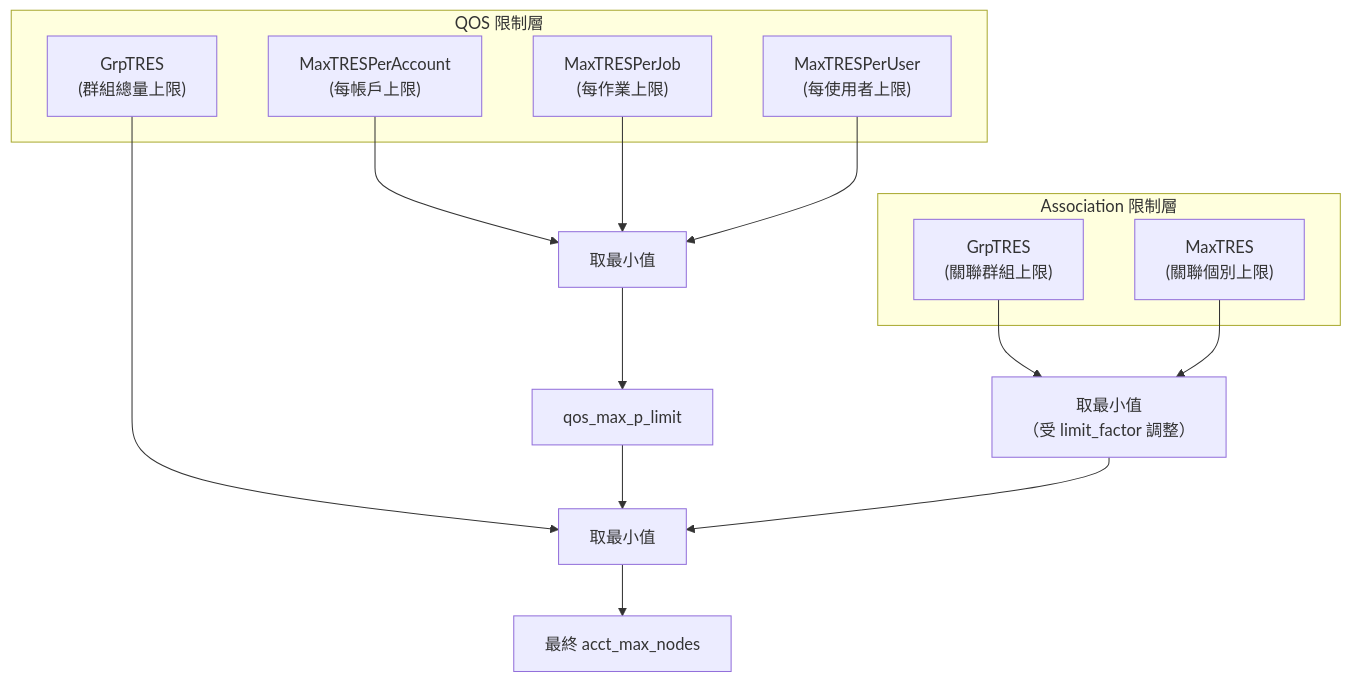
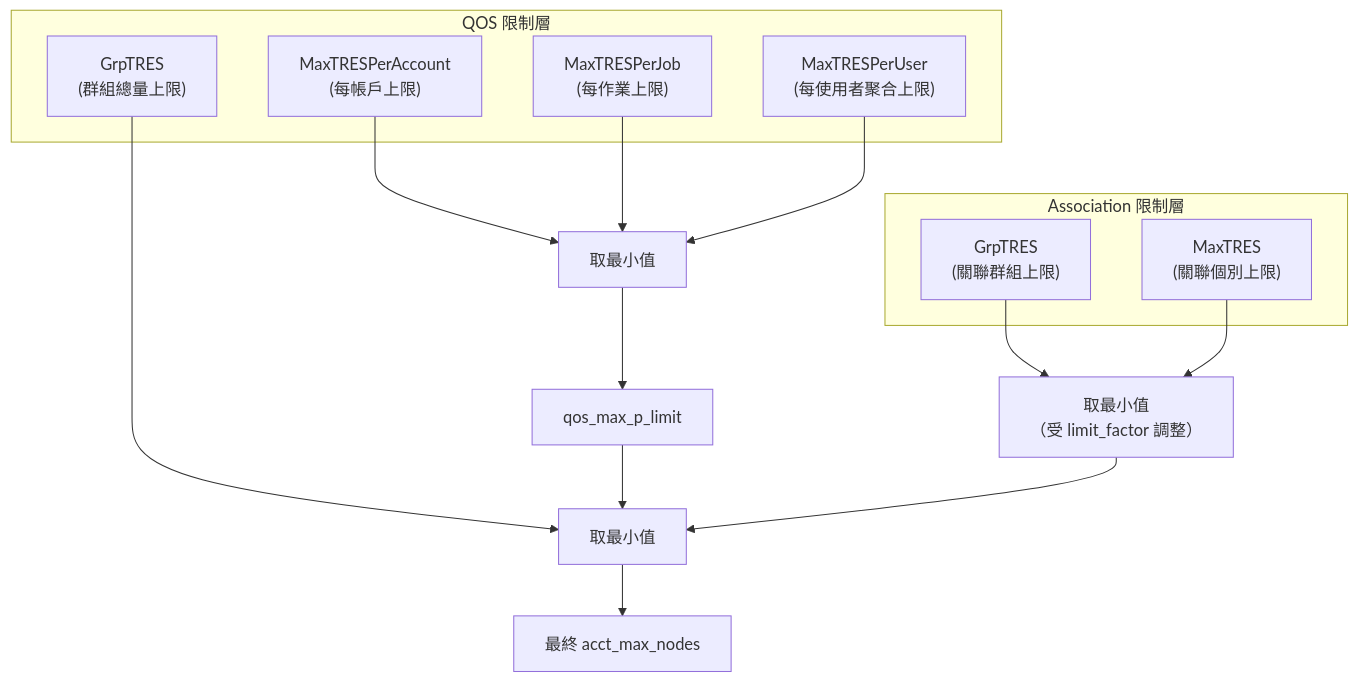
One commit to pichiu/slurm changed the fourth of 6 diagrams in _bmad-output/technical-reference/internals/slurm-qos-partition-node-limits.md. Above: the diagram before and after it, drawn with Mermaid. The commit also changed other lines of this file, not shown here.

````diff
--- a/_bmad-output/technical-reference/internals/slurm-qos-partition-node-limits.md
+++ b/_bmad-output/technical-reference/internals/slurm-qos-partition-node-limits.md
@@ -389,27 +430,27 @@
 ```mermaid
 flowchart TD
     subgraph qos_limits["QOS 限制層"]
         PA["MaxTRESPerAccount\n(每帳戶上限)"]
         PJ["MaxTRESPerJob\n(每作業上限)"]
-        PU["MaxTRESPerUser\n(每使用者上限)"]
+        PU["MaxTRESPerUser\n(每使用者聚合上限)"]
         GRP["GrpTRES\n(群組總量上限)"]
     end
 
     subgraph assoc_limits["Association 限制層"]
         A_GRP["GrpTRES\n(關聯群組上限)"]
         A_MAX["MaxTRES\n(關聯個別上限)"]
     end
 
     PA --> MIN_QOS["取最小值"]
     PJ --> MIN_QOS
     PU --> MIN_QOS
     MIN_QOS --> QOS_RESULT["qos_max_p_limit"]
     GRP --> MIN_ALL["取最小值"]
     QOS_RESULT --> MIN_ALL
 
     A_GRP --> MIN_ASSOC["取最小值\n（受 limit_factor 調整）"]
     A_MAX --> MIN_ASSOC
     MIN_ASSOC --> MIN_ALL
 
     MIN_ALL --> RESULT["最終 acct_max_nodes"]
 ```
````
